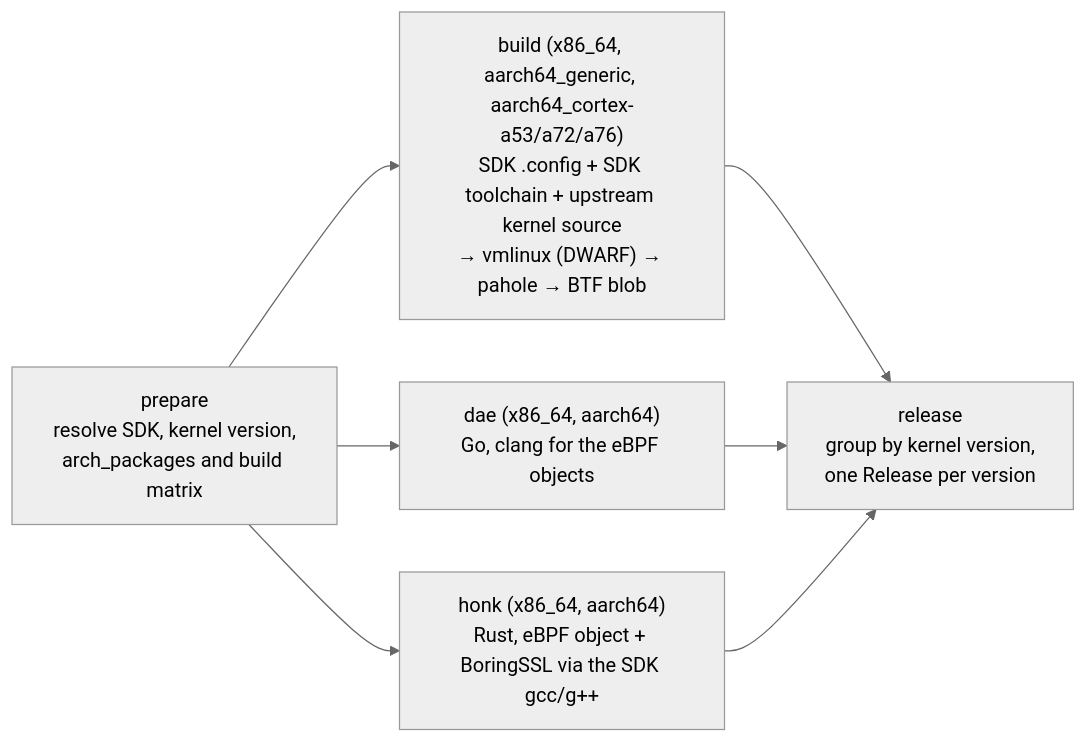
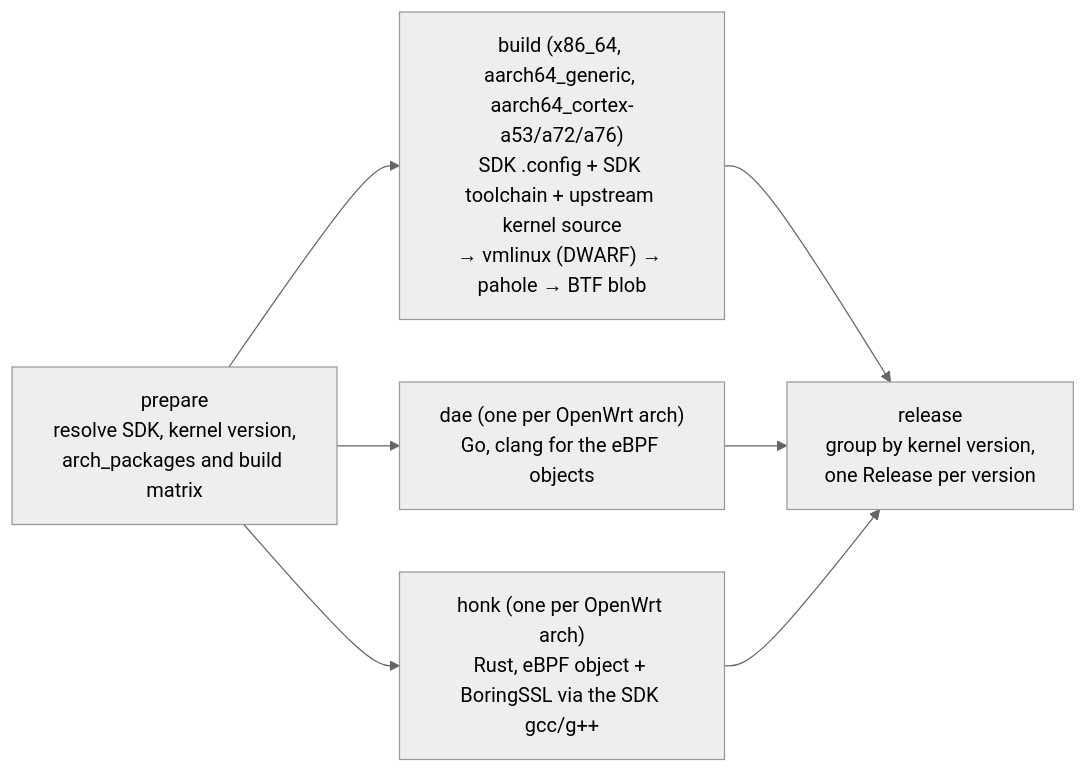
The diagram in README.md (daeuniverse/vmlinux-bpf-build), drawn with Mermaid (neutral theme) before and after one commit. The commit also changed other lines of this file and 1 other file, not shown here.

Commit message:
feat: use unstable dae and honk

````diff
--- a/README.md
+++ b/README.md
@@ -77,14 +100,14 @@
 ```mermaid
 flowchart LR
   P["prepare<br/>resolve SDK, kernel version,<br/>arch_packages and build matrix"]
   K["build (x86_64, aarch64_generic, aarch64_cortex-a53/a72/a76)<br/>SDK .config + SDK toolchain + upstream kernel source<br/>→ vmlinux (DWARF) → pahole → BTF blob"]
-  D["dae (x86_64, aarch64)<br/>Go, clang for the eBPF objects"]
-  H["honk (x86_64, aarch64)<br/>Rust, eBPF object + BoringSSL via the SDK gcc/g++"]
+  D["dae (one per OpenWrt arch)<br/>Go, clang for the eBPF objects"]
+  H["honk (one per OpenWrt arch)<br/>Rust, eBPF object + BoringSSL via the SDK gcc/g++"]
   R["release<br/>group by kernel version,<br/>one Release per version"]
   P --> K
   P --> D
   P --> H
   K --> R
   D --> R
   H --> R
 ```
````
